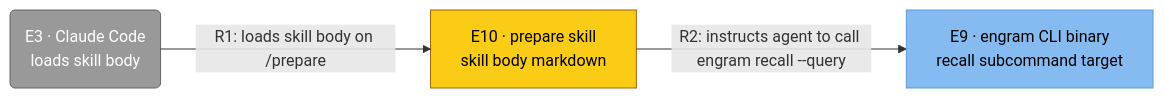
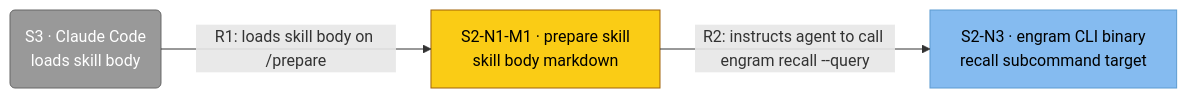
One commit to toejough/engram changed the diagram in architecture/c4/svg/c4-prepare-skill.mmd. Above: the diagram before and after it, drawn with Mermaid. The commit also changed 41 other files, not shown here.

```diff
--- a/architecture/c4/svg/c4-prepare-skill.mmd
+++ b/architecture/c4/svg/c4-prepare-skill.mmd
@@ -1,18 +1,18 @@
 %%{init: {'flowchart': {'defaultRenderer': 'elk'}}}%%
 flowchart LR
     classDef person      fill:#08427b,stroke:#052e56,color:#fff
     classDef external    fill:#999,   stroke:#666,   color:#fff
     classDef container   fill:#1168bd,stroke:#0b4884,color:#fff
     classDef component   fill:#85bbf0,stroke:#5d9bd1,color:#000
     classDef focus       fill:#facc15,stroke:#a16207,color:#000
 
-    e10["E10 · prepare skill<br/>skill body markdown"]
-    e3("E3 · Claude Code<br/>loads skill body")
-    e9["E9 · engram CLI binary<br/>recall subcommand target"]
+    s2-n1-m1["S2-N1-M1 · prepare skill<br/>skill body markdown"]
+    s3("S3 · Claude Code<br/>loads skill body")
+    s2-n3["S2-N3 · engram CLI binary<br/>recall subcommand target"]
 
-    e3 -->|"R1: loads skill body on /prepare"| e10
-    e10 -->|"R2: instructs agent to call engram recall --query"| e9
+    s3 -->|"R1: loads skill body on /prepare"| s2-n1-m1
+    s2-n1-m1 -->|"R2: instructs agent to call engram recall --query"| s2-n3
 
-    class e3 external
-    class e9 component
-    class e10 focus
+    class s3 external
+    class s2-n3 component
+    class s2-n1-m1 focus
```
